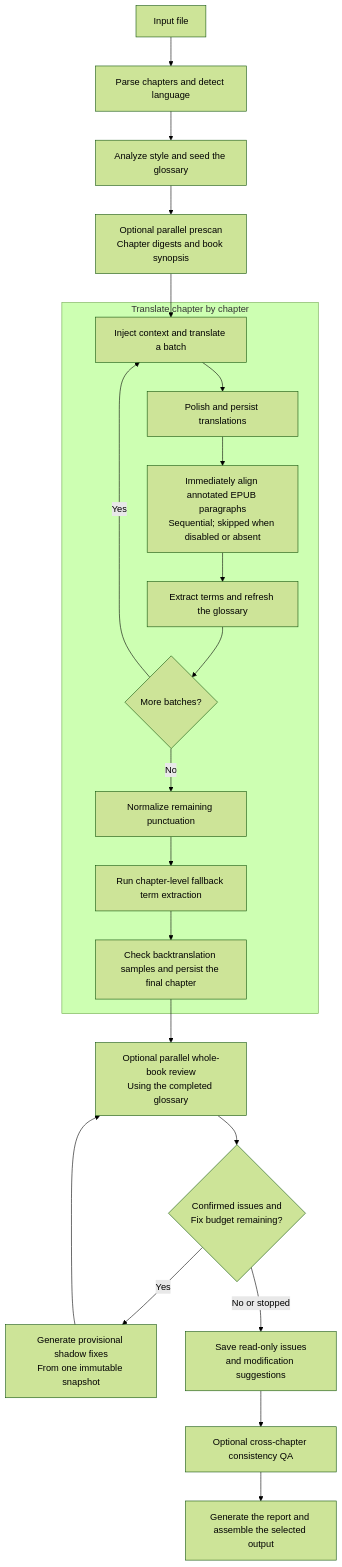
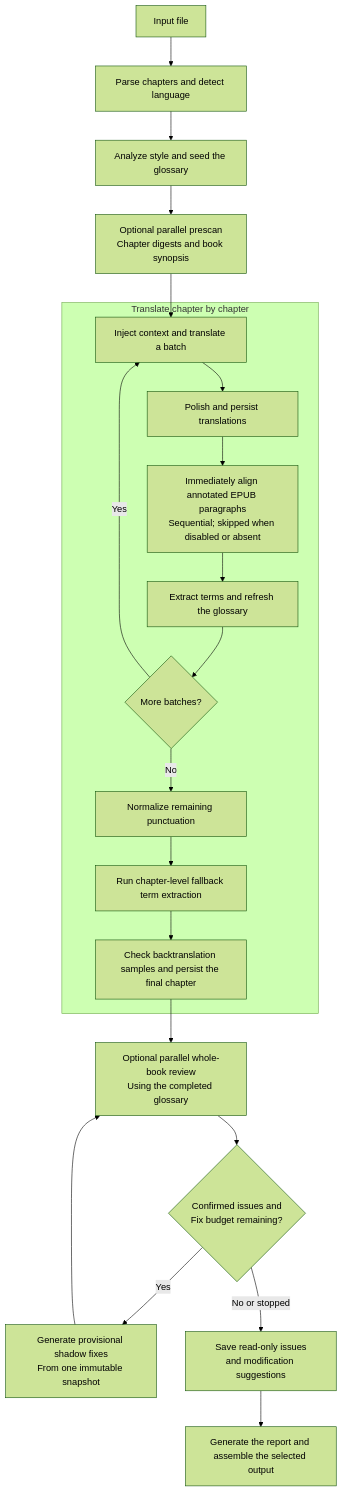
One commit to BigDawnGhost/wenyi changed the diagram in README.md. Above: the diagram before and after it, drawn with Mermaid (forest theme). The commit also changed other lines of this file and 23 other files, not shown here.

````diff
--- a/README.md
+++ b/README.md
@@ -163,27 +160,26 @@
 ```mermaid
 flowchart TD
     A[Input file] --> B[Parse chapters and detect language]
     B --> C[Analyze style and seed the glossary]
     C --> D[Optional parallel prescan<br/>Chapter digests and book synopsis]
     D --> E
 
     subgraph T[Translate chapter by chapter]
         E[Inject context and translate a batch]
         E --> F[Polish and persist translations]
         F --> FA[Immediately align annotated EPUB paragraphs<br/>Sequential; skipped when disabled or absent]
         FA --> G[Extract terms and refresh the glossary]
         G --> H{More batches?}
         H -- Yes --> E
         H -- No --> I[Normalize remaining punctuation]
         I --> IB[Run chapter-level fallback term extraction]
         IB --> J[Check backtranslation samples and persist the final chapter]
     end
 
     J --> K[Optional parallel whole-book review<br/>Using the completed glossary]
     K --> N{Confirmed issues and<br/>Fix budget remaining?}
     N -- Yes --> O[Generate provisional shadow fixes<br/>From one immutable snapshot]
     O --> K
     N -- No or stopped --> P[Save read-only issues<br/>and modification suggestions]
-    P --> L[Optional cross-chapter consistency QA]
-    L --> M[Generate the report and assemble the selected output]
+    P --> M[Generate the report and assemble the selected output]
 ```
````
